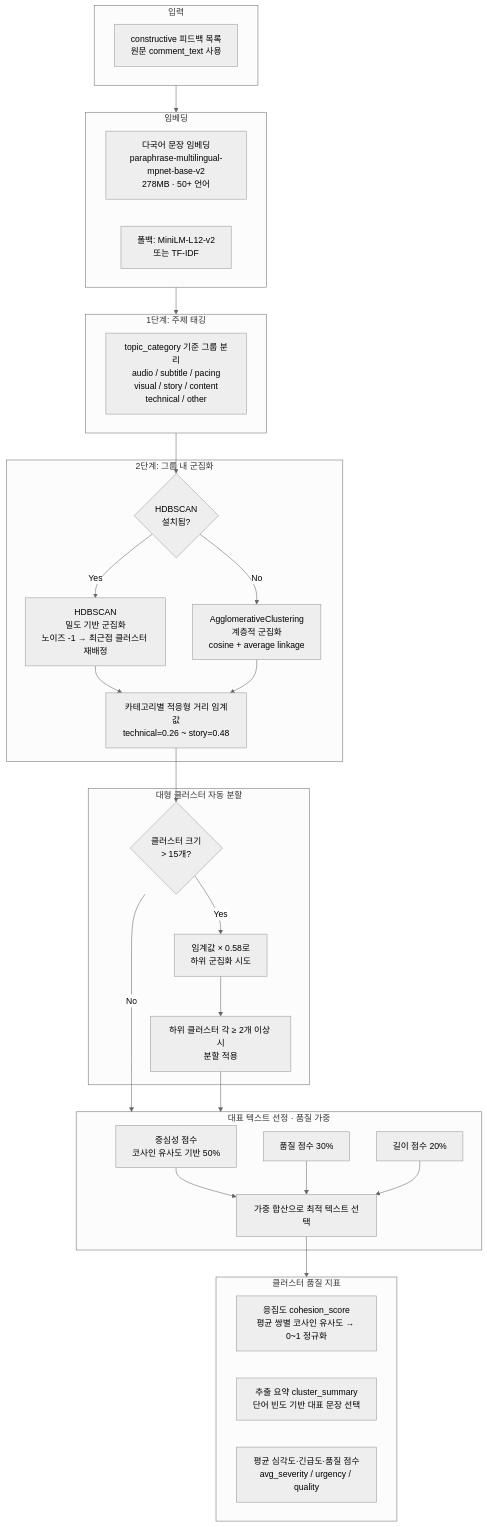
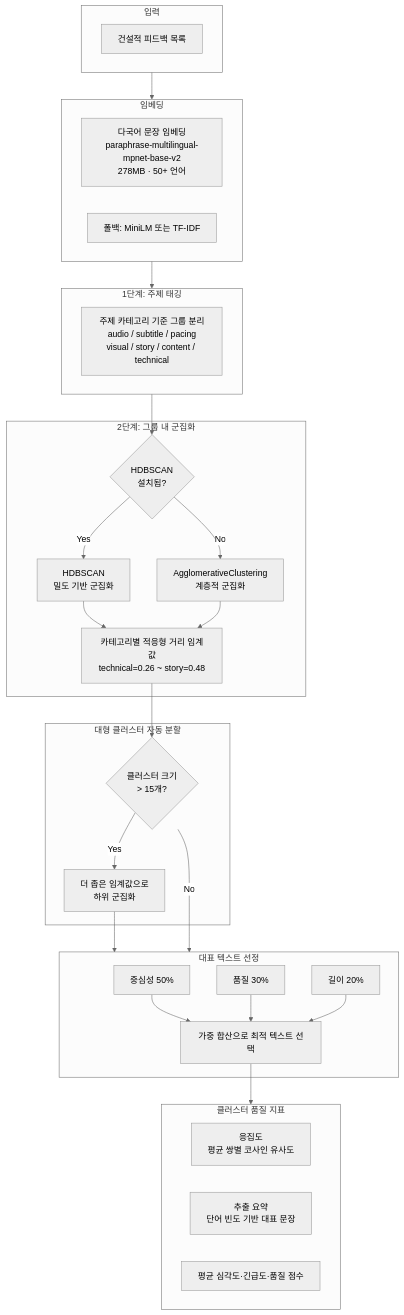
One commit to Userlsj-project/VideoLabs changed the eighth of 14 diagrams in PRESENTATION.md. Above: the diagram before and after it, drawn with Mermaid (neutral theme). The commit also changed other lines of this file, not shown here.

````diff
--- a/PRESENTATION.md
+++ b/PRESENTATION.md
@@ -122,50 +316,48 @@
 ```mermaid
 flowchart TD
     subgraph INPUT2[입력]
-        I1[constructive 피드백 목록\n원문 comment_text 사용]
+        I1[건설적 피드백 목록]
     end
 
     subgraph EMBED2[임베딩]
         E1[다국어 문장 임베딩\nparaphrase-multilingual-mpnet-base-v2\n278MB · 50+ 언어]
-        E2[폴백: MiniLM-L12-v2\n또는 TF-IDF]
+        E2[폴백: MiniLM 또는 TF-IDF]
     end
 
     subgraph TOPIC[1단계: 주제 태깅]
-        T1[topic_category 기준 그룹 분리\naudio / subtitle / pacing\nvisual / story / content\ntechnical / other]
+        T1[주제 카테고리 기준 그룹 분리\naudio / subtitle / pacing\nvisual / story / content / technical]
     end
 
     subgraph CLUSTER[2단계: 그룹 내 군집화]
         C1{HDBSCAN\n설치됨?}
-        C2[HDBSCAN\n밀도 기반 군집화\n노이즈 -1 → 최근접 클러스터 재배정]
-        C3[AgglomerativeClustering\n계층적 군집화\ncosine + average linkage]
+        C2[HDBSCAN\n밀도 기반 군집화]
+        C3[AgglomerativeClustering\n계층적 군집화]
         C4[카테고리별 적응형 거리 임계값\ntechnical=0.26 ~ story=0.48]
     end
 
     subgraph SUBCLUSTER[대형 클러스터 자동 분할]
         S1{클러스터 크기\n> 15개?}
-        S2[임계값 × 0.58로\n하위 군집화 시도]
-        S3[하위 클러스터 각 ≥ 2개 이상 시\n분할 적용]
+        S2[더 좁은 임계값으로\n하위 군집화]
     end
 
-    subgraph REPRESENT[대표 텍스트 선정 · 품질 가중]
-        R1[중심성 점수\n코사인 유사도 기반 50%]
-        R2[품질 점수 30%]
-        R3[길이 점수 20%]
+    subgraph REPRESENT[대표 텍스트 선정]
+        R1[중심성 50%]
+        R2[품질 30%]
+        R3[길이 20%]
         R4[가중 합산으로 최적 텍스트 선택]
     end
 
     subgraph METRICS[클러스터 품질 지표]
-        M1[응집도 cohesion_score\n평균 쌍별 코사인 유사도 → 0~1 정규화]
-        M2[추출 요약 cluster_summary\n단어 빈도 기반 대표 문장 선택]
-        M3[평균 심각도·긴급도·품질 점수\navg_severity / urgency / quality]
+        M1[응집도\n평균 쌍별 코사인 유사도]
+        M2[추출 요약\n단어 빈도 기반 대표 문장]
+        M3[평균 심각도·긴급도·품질 점수]
     end
 
     INPUT2 --> EMBED2 --> TOPIC --> C1
     C1 -->|Yes| C2
     C1 -->|No| C3
     C2 & C3 --> C4 --> S1
-    S1 -->|Yes| S2 --> S3
+    S1 -->|Yes| S2 --> REPRESENT
     S1 -->|No| REPRESENT
-    S3 --> REPRESENT
     R1 & R2 & R3 --> R4 --> METRICS
 ```
````
